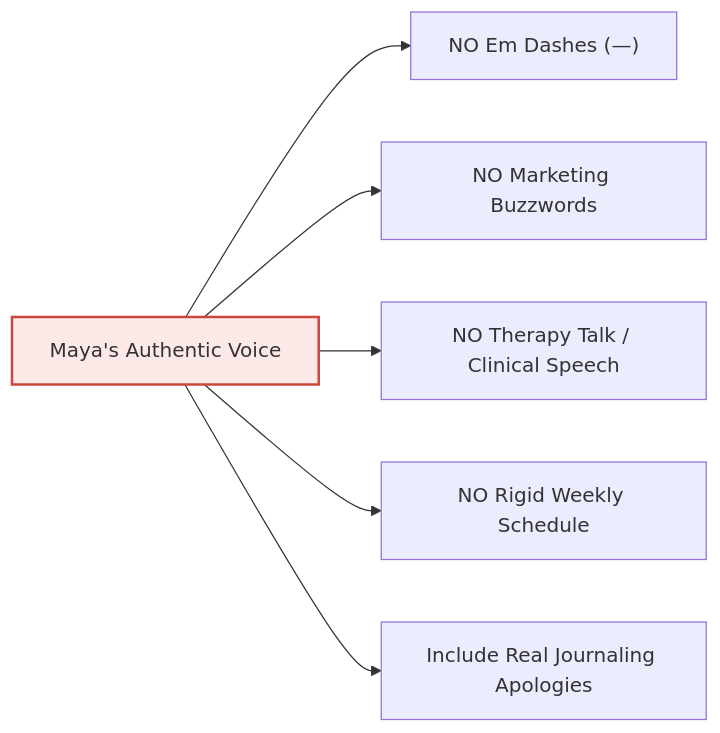
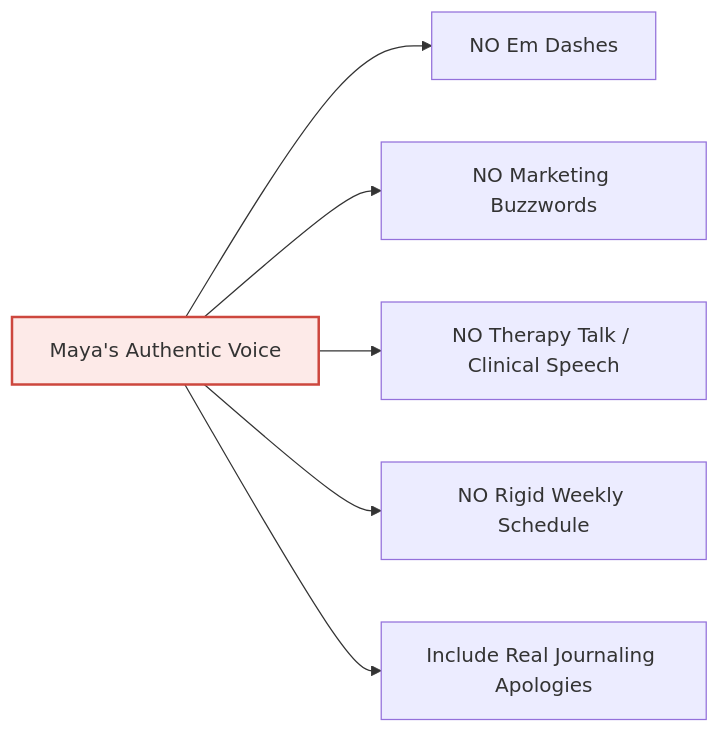
The diagram in docs/character/02_personality_and_voice_guide.md (genericService/desert-bloom-diary), drawn with Mermaid before and after one commit. The commit also changed other lines of this file and 87 other files, not shown here.

````diff
--- a/docs/character/02_personality_and_voice_guide.md
+++ b/docs/character/02_personality_and_voice_guide.md
@@ -46,10 +54,10 @@
 ```mermaid
 graph LR
-    A["Maya's Authentic Voice"] --> B["NO Em Dashes (—)"]
+    A["Maya's Authentic Voice"] --> B["NO Em Dashes"]
     A --> C["NO Marketing Buzzwords"]
     A --> D["NO Therapy Talk / Clinical Speech"]
     A --> E["NO Rigid Weekly Schedule"]
     A --> F["Include Real Journaling Apologies"]
     
     style A fill:#fdeae8,stroke:#cd473e,stroke-width:2px;
 ```
````
